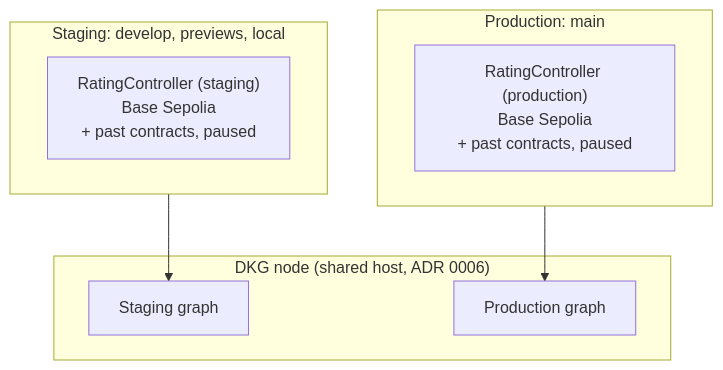
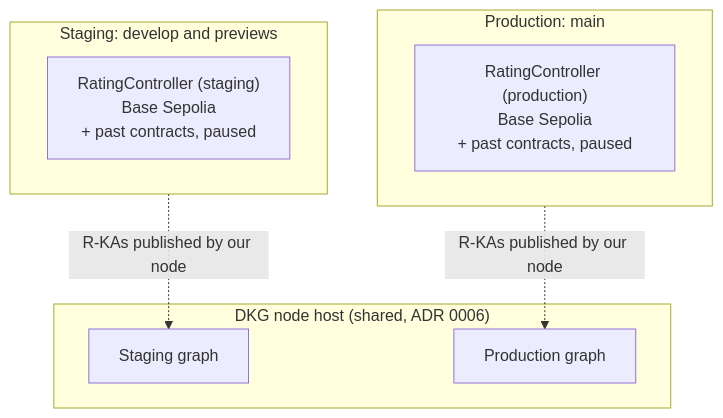
One commit to SiegfriedBz/verisci changed the first of 3 diagrams in README.md. Above: the diagram before and after it, drawn with Mermaid. The commit also changed other lines of this file, not shown here.

First line of the commit message:
docs: align the architecture diagrams with the adrs

````diff
--- a/README.md
+++ b/README.md
@@ -60,15 +65,15 @@
 ```mermaid
 flowchart TB
-  subgraph node["DKG node (shared host, ADR 0006)"]
+  subgraph node["DKG node host (shared, ADR 0006)"]
     sg["Staging graph"]
     pg["Production graph"]
   end
-  subgraph staging["Staging: develop, previews, local"]
+  subgraph staging["Staging: develop and previews"]
     sc["RatingController (staging)<br/>Base Sepolia<br/>+ past contracts, paused"]
   end
   subgraph production["Production: main"]
     pc["RatingController (production)<br/>Base Sepolia<br/>+ past contracts, paused"]
   end
-  staging --> sg
-  production --> pg
+  staging -. "R-KAs published by our node" .-> sg
+  production -. "R-KAs published by our node" .-> pg
 ```
````
